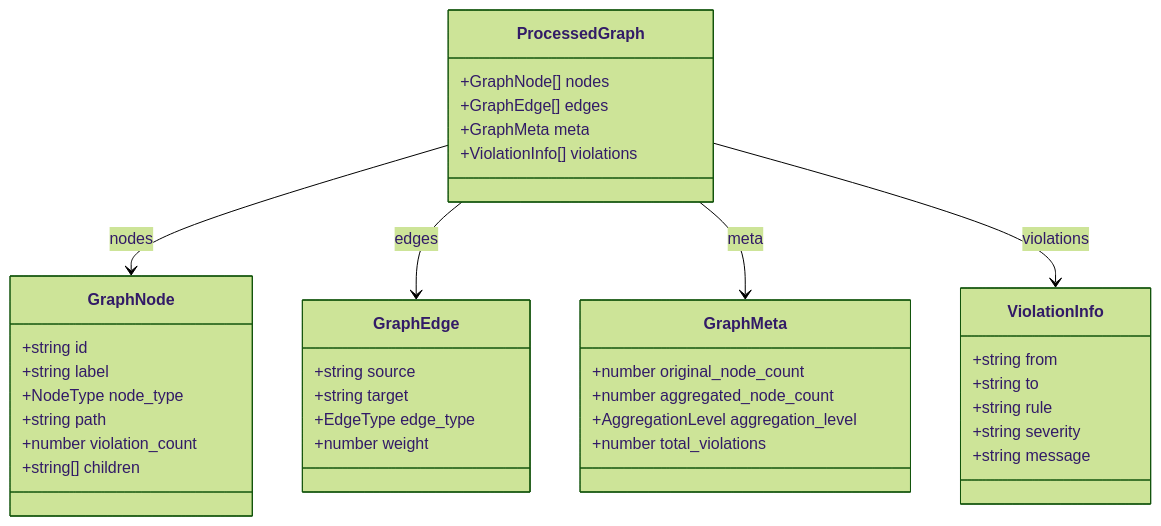
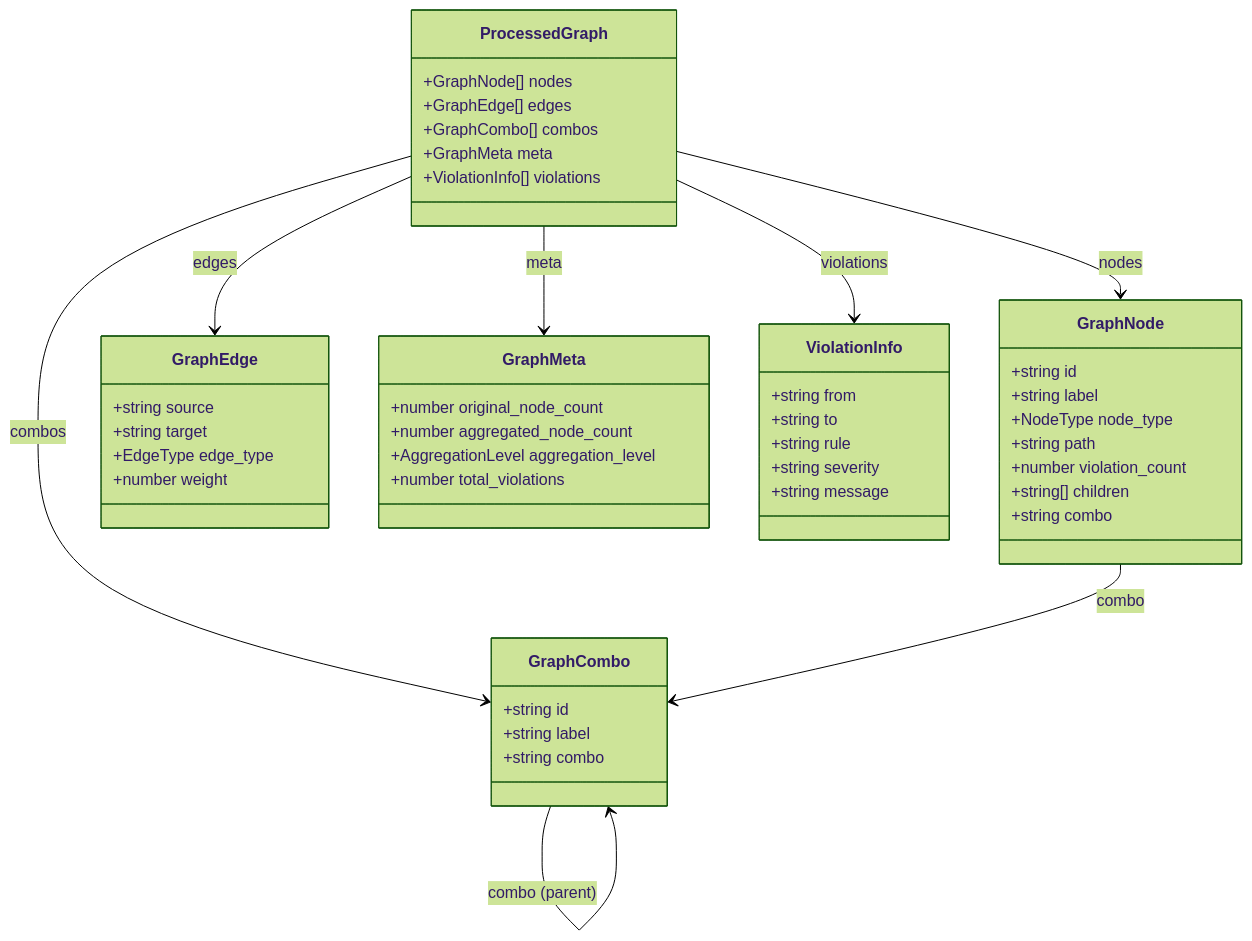
The first of 2 diagrams in docs/backend/data-structures.md (fisher-89/dependency-cruiser-reporter), drawn with Mermaid (forest theme) before and after one commit. The commit also changed other lines of this file and 10 other files, not shown here.

````diff
--- a/docs/backend/data-structures.md
+++ b/docs/backend/data-structures.md
@@ -7,45 +7,56 @@
 ```mermaid
 classDiagram
     class ProcessedGraph {
         +GraphNode[] nodes
         +GraphEdge[] edges
+        +GraphCombo[] combos
         +GraphMeta meta
         +ViolationInfo[] violations
     }
 
     class GraphNode {
         +string id
         +string label
         +NodeType node_type
         +string path
         +number violation_count
         +string[] children
+        +string combo
     }
 
     class GraphEdge {
         +string source
         +string target
         +EdgeType edge_type
         +number weight
+    }
+
+    class GraphCombo {
+        +string id
+        +string label
+        +string combo
     }
 
     class GraphMeta {
         +number original_node_count
         +number aggregated_node_count
         +AggregationLevel aggregation_level
         +number total_violations
     }
 
     class ViolationInfo {
         +string from
         +string to
         +string rule
         +string severity
         +string message
     }
 
     ProcessedGraph --> GraphNode : nodes
     ProcessedGraph --> GraphEdge : edges
+    ProcessedGraph --> GraphCombo : combos
     ProcessedGraph --> GraphMeta : meta
     ProcessedGraph --> ViolationInfo : violations
+    GraphNode --> GraphCombo : combo
+    GraphCombo --> GraphCombo : combo (parent)
 ```
````
